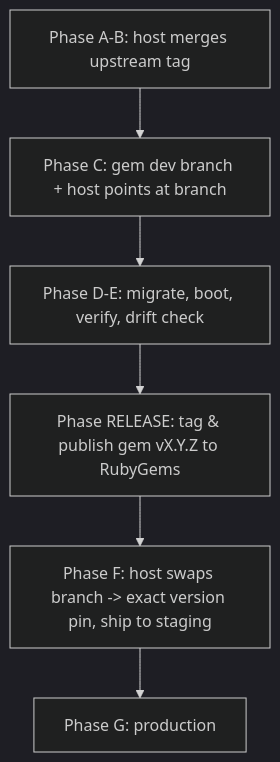
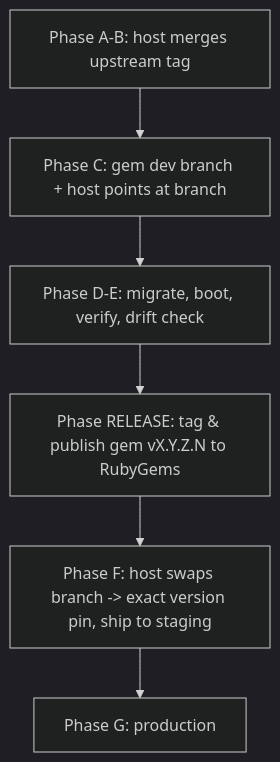
The diagram in docs/internal/mastodon-upgrade/RUNBOOK.md (TheNewsmastFoundation/newsmast-mastodon), drawn with Mermaid (dark theme) before and after one commit. The commit also changed other lines of this file and 5 other files, not shown here.

````diff
--- a/docs/internal/mastodon-upgrade/RUNBOOK.md
+++ b/docs/internal/mastodon-upgrade/RUNBOOK.md
@@ -84,8 +84,8 @@
 ```mermaid
 flowchart TD
     A[Phase A-B: host merges upstream tag] --> B[Phase C: gem dev branch + host points at branch]
     B --> C[Phase D-E: migrate, boot, verify, drift check]
-    C --> D[Phase RELEASE: tag & publish gem vX.Y.Z to RubyGems]
+   C --> D[Phase RELEASE: tag & publish gem vX.Y.Z.N to RubyGems]
     D --> E[Phase F: host swaps branch -> exact version pin, ship to staging]
     E --> F[Phase G: production]
 ```
````
